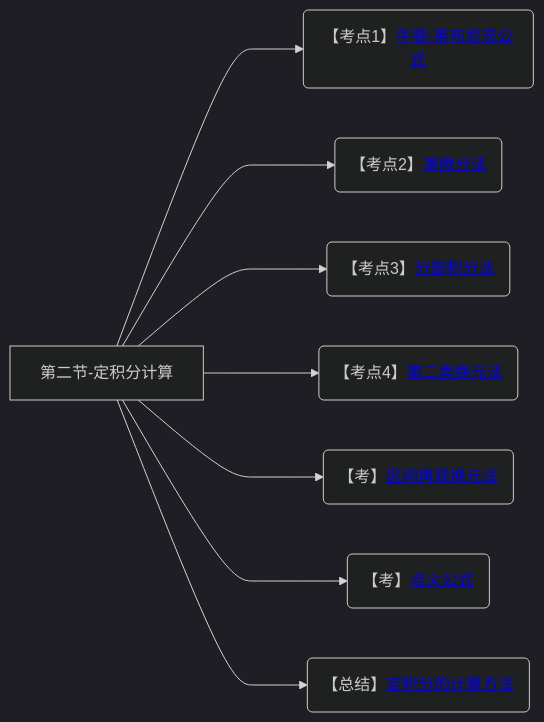
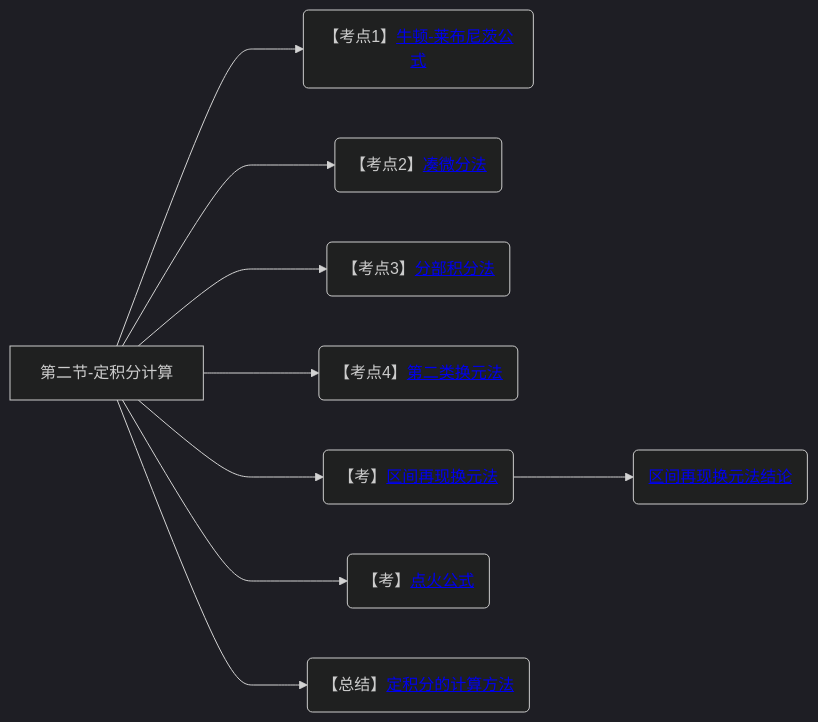
One commit to yuebinghui/note changed diagram 20 of 20 in 笔记/数学/周洋鑫/01.基础班思维导图.md. Above: the diagram before and after it, drawn with Mermaid (dark theme). The commit also changed 2 other files, not shown here.

Commit message:
Thu Jan  2 17:20:01 CST 2025

````diff
--- a/笔记/数学/周洋鑫/01.基础班思维导图.md
+++ b/笔记/数学/周洋鑫/01.基础班思维导图.md
@@ -757,14 +757,17 @@
 ```mermaid
 graph LR
 第二节-定积分计算
 
 第二节-定积分计算--->牛顿-莱布尼茨公式(【考点1】<a href="/Users/yuebinghui/Documents/program/github/note/笔记/数学/周洋鑫/基础班/23.定积分的计算.md#牛顿-莱布尼茨公式">牛顿-莱布尼茨公式</>)
 第二节-定积分计算--->凑微分法(【考点2】<a href="/Users/yuebinghui/Documents/program/github/note/笔记/数学/周洋鑫/基础班/23.定积分的计算.md#凑微分法">凑微分法</>)
 第二节-定积分计算--->分部积分法(【考点3】<a href="/Users/yuebinghui/Documents/program/github/note/笔记/数学/周洋鑫/基础班/23.定积分的计算.md#分部积分法">分部积分法</>)
 第二节-定积分计算--->第二类换元法(【考点4】<a href="/Users/yuebinghui/Documents/program/github/note/笔记/数学/周洋鑫/基础班/23.定积分的计算.md#第二类换元法">第二类换元法</>)
 第二节-定积分计算--->区间再现换元法(【考】<a href="/Users/yuebinghui/Documents/program/github/note/笔记/数学/周洋鑫/基础班/23.定积分的计算.md#区间再现换元法">区间再现换元法</>)
+区间再现换元法--->区间再现换元法结论(<a href="/Users/yuebinghui/Documents/program/github/note/笔记/数学/周洋鑫/基础班/23.定积分的计算.md#区间再现换元法结论">区间再现换元法结论</>)
+
+
 第二节-定积分计算--->点火公式(【考】<a href="/Users/yuebinghui/Documents/program/github/note/笔记/数学/周洋鑫/基础班/23.定积分的计算.md#点火公式">点火公式</>)
 第二节-定积分计算--->定积分的计算方法(【总结】<a href="/Users/yuebinghui/Documents/program/github/note/笔记/数学/周洋鑫/基础班/23.定积分的计算.md#定积分的计算方法">定积分的计算方法</>)
 
 
 ```
````
